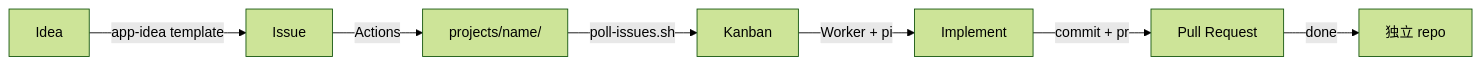
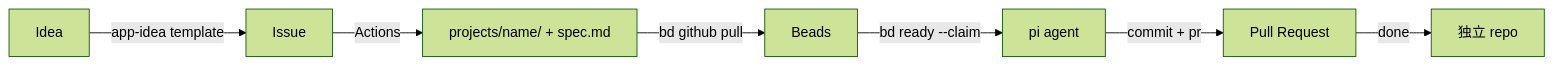
Before and after one commit to dohzoh/hermes-integrations: the second of 2 diagrams in README.md, drawn with Mermaid (forest theme). The commit also changed other lines of this file, not shown here.

````diff
--- a/README.md
+++ b/README.md
@@ -37,9 +36,9 @@
 ```mermaid
 flowchart LR
   A[Idea] -->|app-idea template| B[Issue]
-  B -->|Actions| C[projects/name/]
-  C -->|poll-issues.sh| D[Kanban]
-  D -->|Worker + pi| E[Implement]
+  B -->|Actions| C[projects/name/ + spec.md]
+  C -->|bd github pull| D[Beads]
+  D -->|bd ready --claim| E[pi agent]
   E -->|commit + pr| F[Pull Request]
   F -->|done| G[独立 repo]
 ```
````
